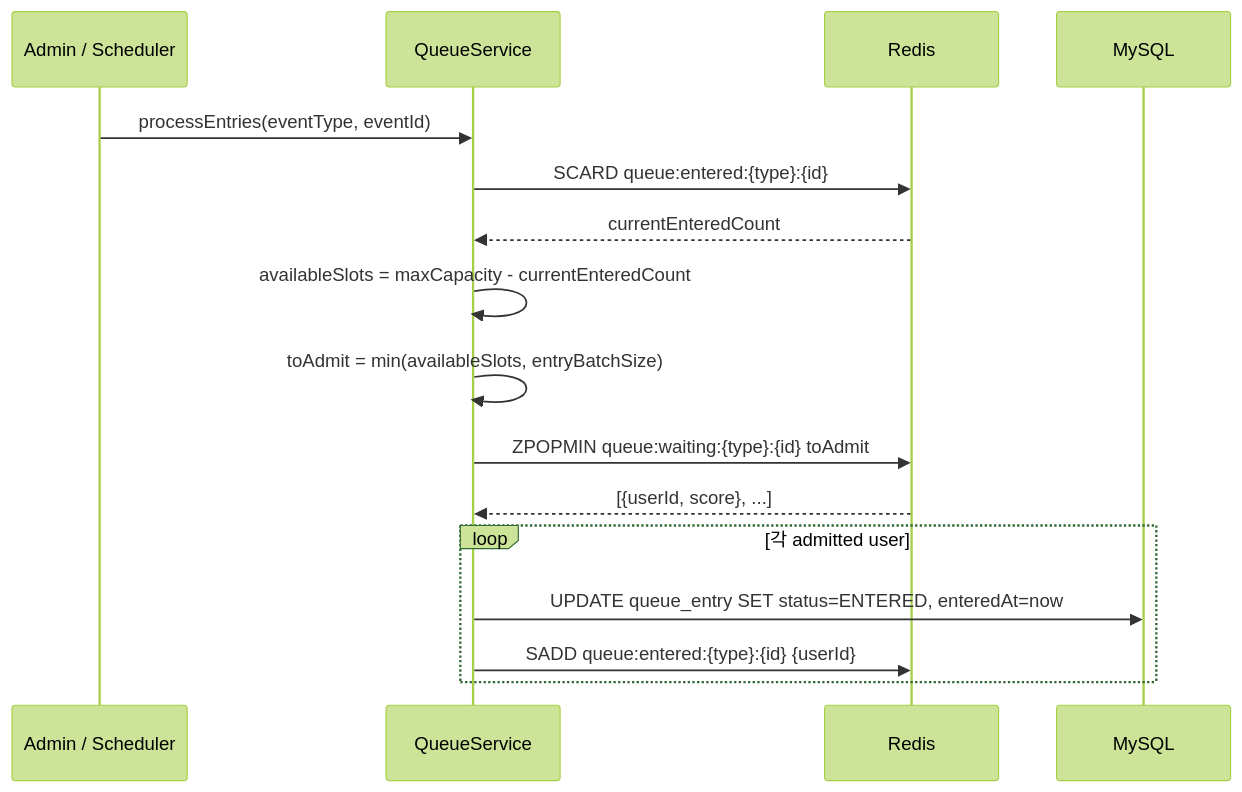
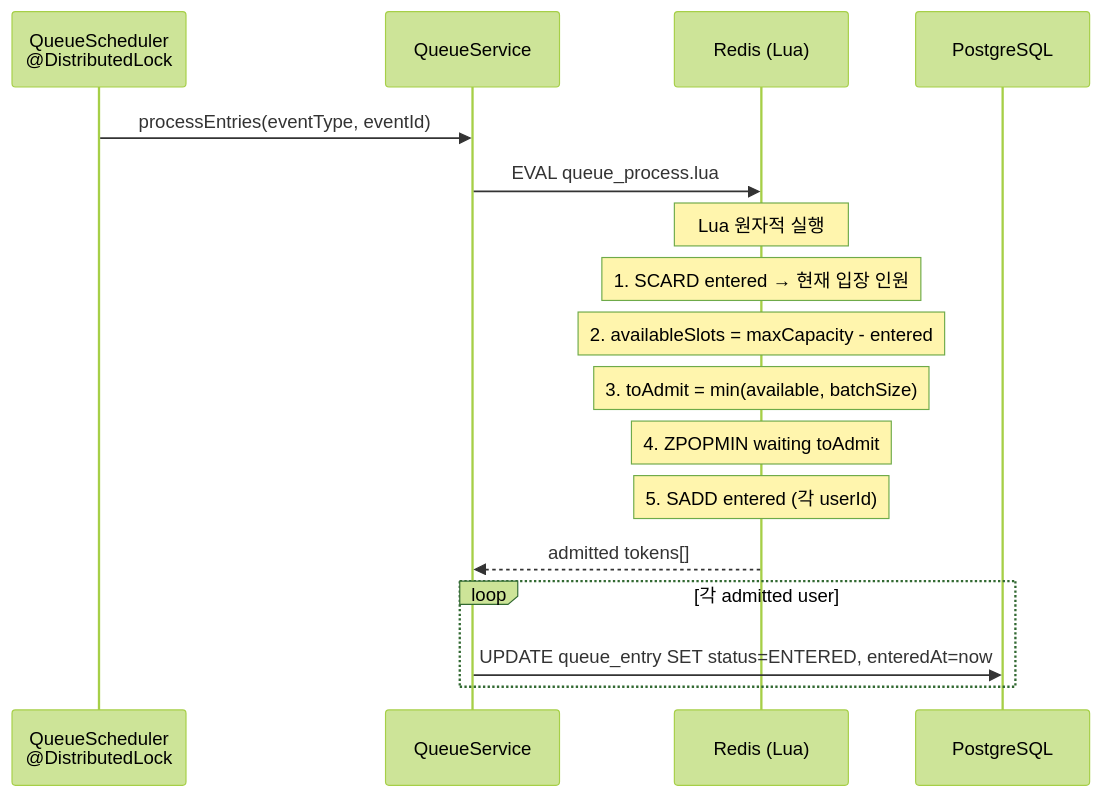
One commit to L-a-z-e/portal-universe changed the fourth of 5 diagrams in docs/architecture/shopping-service/queue-system.md. Above: the diagram before and after it, drawn with Mermaid (forest theme). The commit also changed other lines of this file and 32 other files, not shown here.

First line of the commit message:
feat(multi): add Redis Lua atomicity, coupon consistency, queue-coupon integration

````diff
--- a/docs/architecture/shopping-service/queue-system.md
+++ b/docs/architecture/shopping-service/queue-system.md
@@ -184,22 +186,23 @@
 ```mermaid
 sequenceDiagram
-    participant ADM as Admin / Scheduler
+    participant SCHED as QueueScheduler<br/>@DistributedLock
     participant QS as QueueService
-    participant Redis as Redis
-    participant DB as MySQL
+    participant Redis as Redis (Lua)
+    participant DB as PostgreSQL
 
-    ADM->>QS: processEntries(eventType, eventId)
-    QS->>Redis: SCARD queue:entered:{type}:{id}
-    Redis-->>QS: currentEnteredCount
+    SCHED->>QS: processEntries(eventType, eventId)
+    QS->>Redis: EVAL queue_process.lua
 
-    QS->>QS: availableSlots = maxCapacity - currentEnteredCount
-    QS->>QS: toAdmit = min(availableSlots, entryBatchSize)
+    Note over Redis: Lua 원자적 실행
+    Note over Redis: 1. SCARD entered → 현재 입장 인원
+    Note over Redis: 2. availableSlots = maxCapacity - entered
+    Note over Redis: 3. toAdmit = min(available, batchSize)
+    Note over Redis: 4. ZPOPMIN waiting toAdmit
+    Note over Redis: 5. SADD entered (각 userId)
 
-    QS->>Redis: ZPOPMIN queue:waiting:{type}:{id} toAdmit
-    Redis-->>QS: [{userId, score}, ...]
+    Redis-->>QS: admitted tokens[]
 
     loop 각 admitted user
         QS->>DB: UPDATE queue_entry SET status=ENTERED, enteredAt=now
-        QS->>Redis: SADD queue:entered:{type}:{id} {userId}
     end
 ```
````
